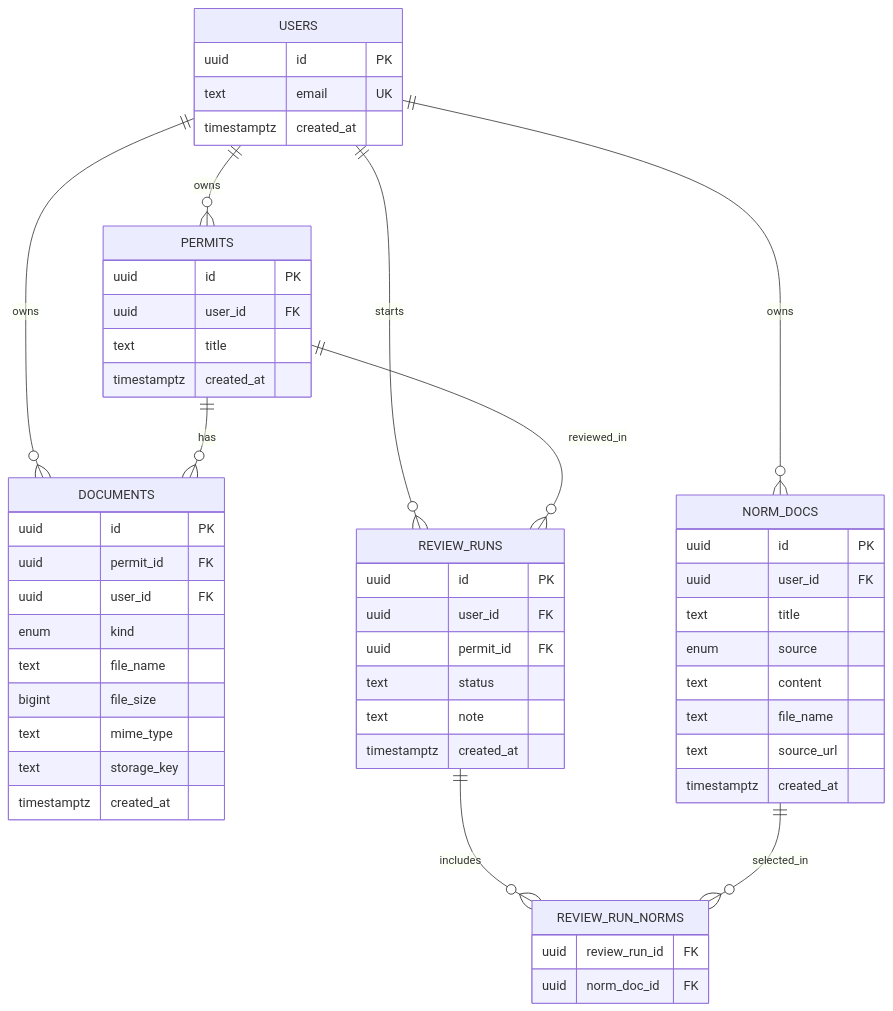
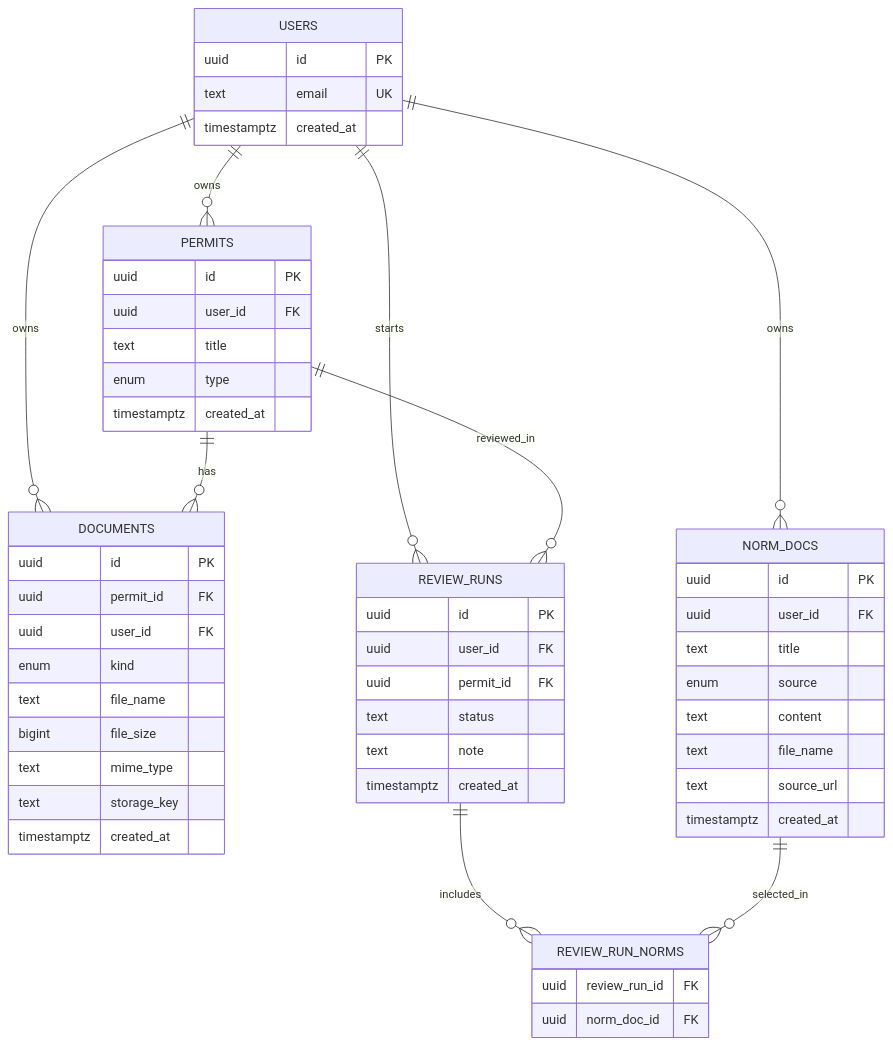
One commit to kathanjayshah/BuilddingPermitAI changed the diagram in docs/database.md. Above: the diagram before and after it, drawn with Mermaid. The commit also changed other lines of this file and 21 other files, not shown here.

````diff
--- a/docs/database.md
+++ b/docs/database.md
@@ -64,61 +65,62 @@
 ```mermaid
 erDiagram
   USERS ||--o{ PERMITS : owns
   USERS ||--o{ DOCUMENTS : owns
   USERS ||--o{ NORM_DOCS : owns
   USERS ||--o{ REVIEW_RUNS : starts
   PERMITS ||--o{ DOCUMENTS : has
   PERMITS ||--o{ REVIEW_RUNS : reviewed_in
   REVIEW_RUNS ||--o{ REVIEW_RUN_NORMS : includes
   NORM_DOCS ||--o{ REVIEW_RUN_NORMS : selected_in
 
   USERS {
     uuid id PK
     text email UK
     timestamptz created_at
   }
 
   PERMITS {
     uuid id PK
     uuid user_id FK
     text title
+    enum type
     timestamptz created_at
   }
 
   DOCUMENTS {
     uuid id PK
     uuid permit_id FK
     uuid user_id FK
     enum kind
     text file_name
     bigint file_size
     text mime_type
     text storage_key
     timestamptz created_at
   }
 
   NORM_DOCS {
     uuid id PK
     uuid user_id FK
     text title
     enum source
     text content
     text file_name
     text source_url
     timestamptz created_at
   }
 
   REVIEW_RUNS {
     uuid id PK
     uuid user_id FK
     uuid permit_id FK
     text status
     text note
     timestamptz created_at
   }
 
   REVIEW_RUN_NORMS {
     uuid review_run_id FK
     uuid norm_doc_id FK
   }
 ```
````
